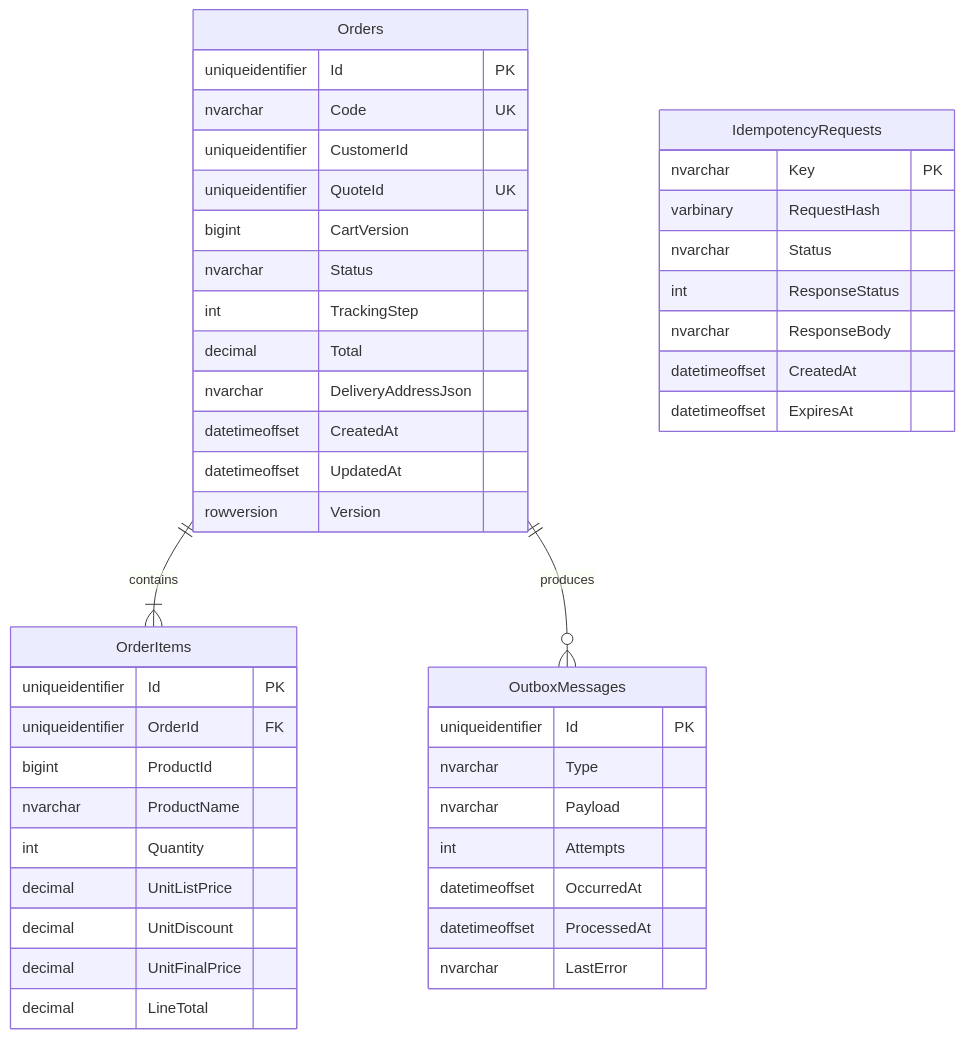
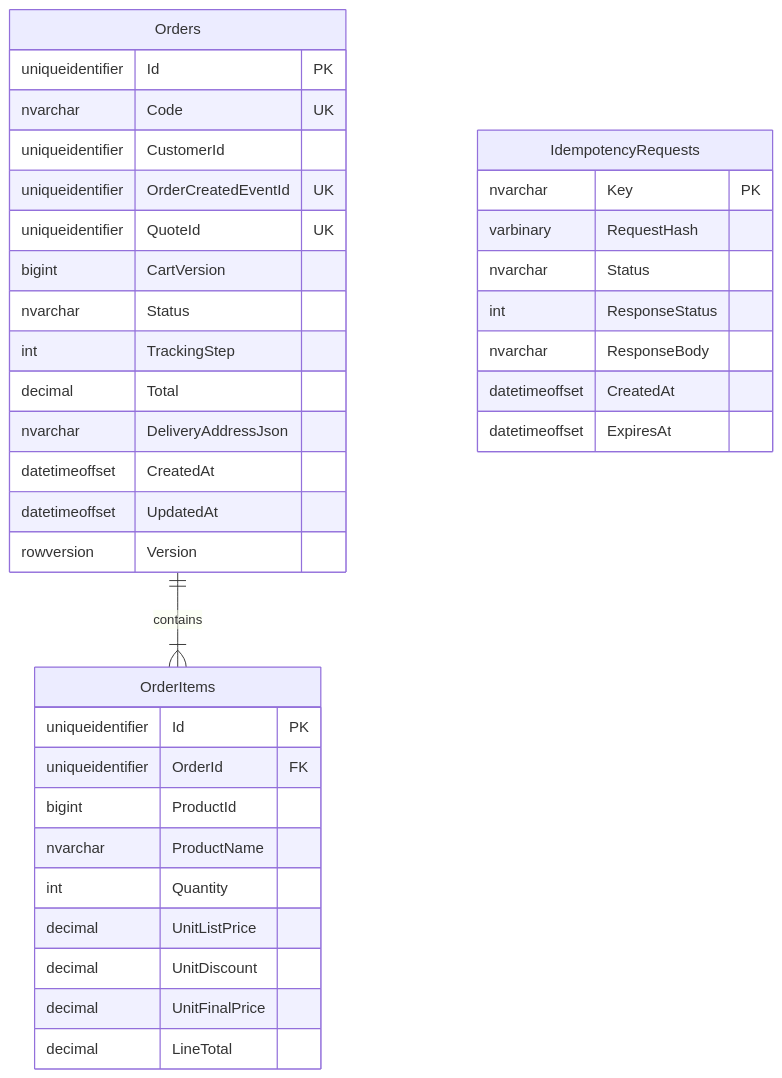
The third of 4 diagrams in docs/SDD.md (Back-End-Cloud-Computing/order), drawn with Mermaid before and after one commit. The commit also changed other lines of this file and 33 other files, not shown here.

````diff
--- a/docs/SDD.md
+++ b/docs/SDD.md
@@ -279,52 +286,43 @@
 ```mermaid
 erDiagram
     Orders ||--|{ OrderItems : contains
-    Orders ||--o{ OutboxMessages : produces
 
     Orders {
         uniqueidentifier Id PK
         nvarchar Code UK
         uniqueidentifier CustomerId
+        uniqueidentifier OrderCreatedEventId UK
         uniqueidentifier QuoteId UK
         bigint CartVersion
         nvarchar Status
         int TrackingStep
         decimal Total
         nvarchar DeliveryAddressJson
         datetimeoffset CreatedAt
         datetimeoffset UpdatedAt
         rowversion Version
     }
 
     OrderItems {
         uniqueidentifier Id PK
         uniqueidentifier OrderId FK
         bigint ProductId
         nvarchar ProductName
         int Quantity
         decimal UnitListPrice
         decimal UnitDiscount
         decimal UnitFinalPrice
         decimal LineTotal
     }
 
     IdempotencyRequests {
         nvarchar Key PK
         varbinary RequestHash
         nvarchar Status
         int ResponseStatus
         nvarchar ResponseBody
         datetimeoffset CreatedAt
         datetimeoffset ExpiresAt
     }
 
-    OutboxMessages {
-        uniqueidentifier Id PK
-        nvarchar Type
-        nvarchar Payload
-        int Attempts
-        datetimeoffset OccurredAt
-        datetimeoffset ProcessedAt
-        nvarchar LastError
-    }
 ```
````
